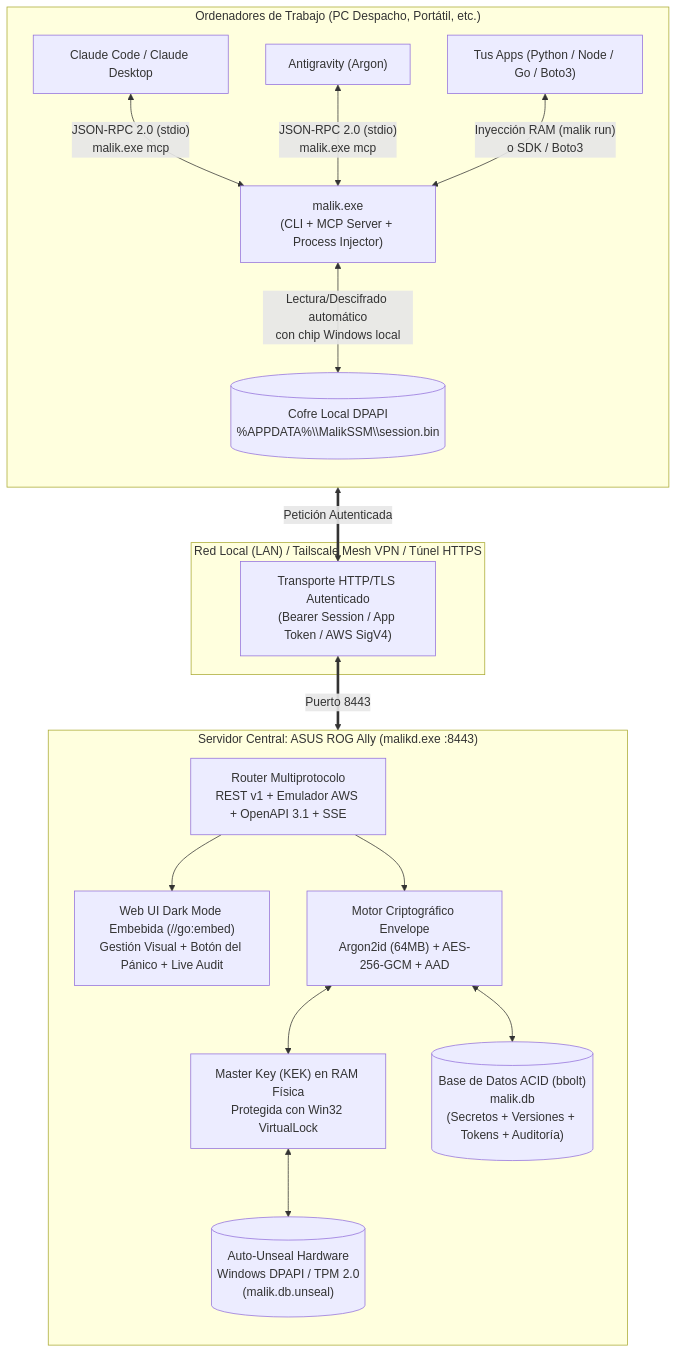
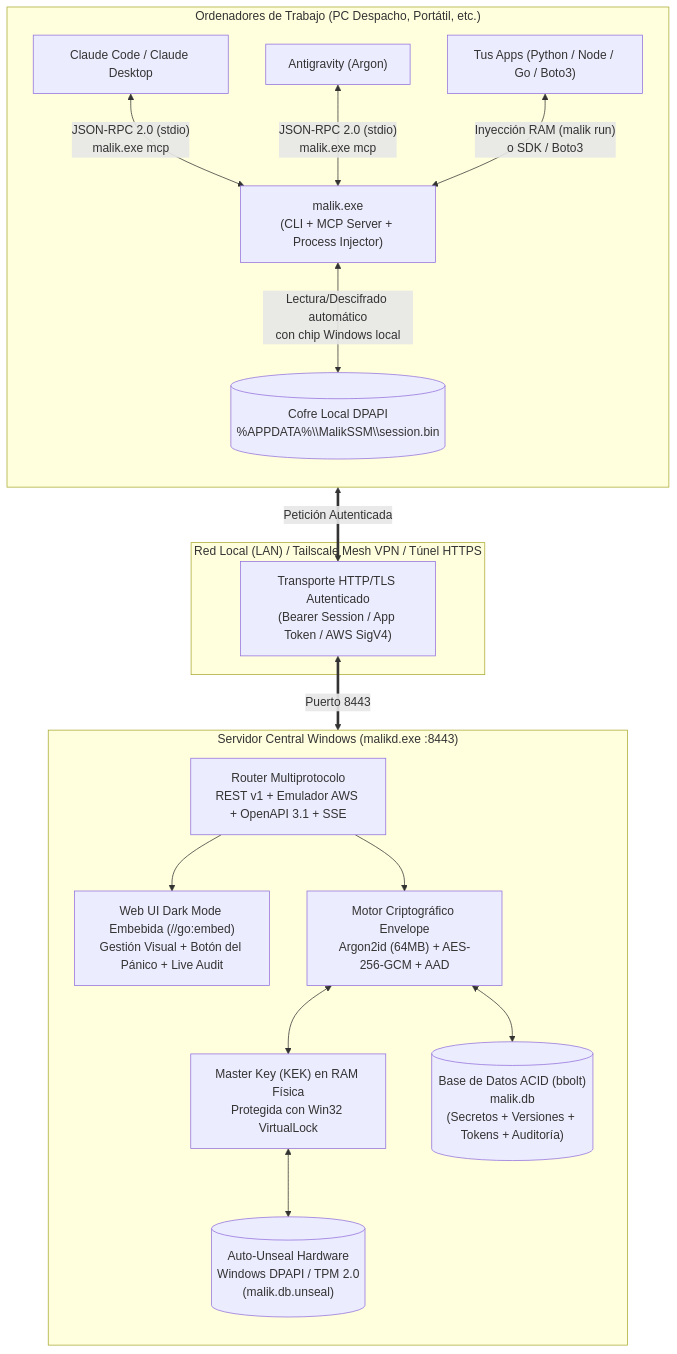
One commit to eduardoddddddd/MalikSSM changed the first of 2 diagrams in README.md. Above: the diagram before and after it, drawn with Mermaid. The commit also changed other lines of this file and 16 other files, not shown here.

````diff
--- a/README.md
+++ b/README.md
@@ -74,38 +74,38 @@
 ```mermaid
 flowchart TB
     subgraph PC["Ordenadores de Trabajo (PC Despacho, Portátil, etc.)"]
         direction TB
         DPAPI_PC[("Cofre Local DPAPI\n%APPDATA%\\MalikSSM\\session.bin")]
         MALIK_CLI["malik.exe\n(CLI + MCP Server + Process Injector)"]
         CLAUDE["Claude Code / Claude Desktop"]
         AGY["Antigravity (Argon)"]
         SCRIPTS["Tus Apps (Python / Node / Go / Boto3)"]
 
         CLAUDE & AGY <-->|"JSON-RPC 2.0 (stdio)\nmalik.exe mcp"| MALIK_CLI
         SCRIPTS <-->|"Inyección RAM (malik run)\no SDK / Boto3"| MALIK_CLI
         MALIK_CLI <-->|"Lectura/Descifrado automático\ncon chip Windows local"| DPAPI_PC
     end
 
     subgraph NET["Red Local (LAN) / Tailscale Mesh VPN / Túnel HTTPS"]
         TLS["Transporte HTTP/TLS Autenticado\n(Bearer Session / App Token / AWS SigV4)"]
     end
 
-    subgraph ALLY["Servidor Central: ASUS ROG Ally (malikd.exe :8443)"]
+    subgraph SRV["Servidor Central Windows (malikd.exe :8443)"]
         direction TB
         ROUTER["Router Multiprotocolo\nREST v1 + Emulador AWS + OpenAPI 3.1 + SSE"]
         UI["Web UI Dark Mode Embebida (//go:embed)\nGestión Visual + Botón del Pánico + Live Audit"]
         MEMLOCK["Master Key (KEK) en RAM Física\nProtegida con Win32 VirtualLock"]
         ENVELOPE["Motor Criptográfico Envelope\nArgon2id (64MB) + AES-256-GCM + AAD"]
-        TPM_ALLY[("Auto-Unseal Hardware\nWindows DPAPI / TPM 2.0\n(malik.db.unseal)")]
+        TPM_SRV[("Auto-Unseal Hardware\nWindows DPAPI / TPM 2.0\n(malik.db.unseal)")]
         BOLT[("Base de Datos ACID (bbolt)\nmalik.db\n(Secretos + Versiones + Tokens + Auditoría)")]
 
         ROUTER --> UI
         ROUTER --> ENVELOPE
         ENVELOPE <--> MEMLOCK
-        MEMLOCK <--> TPM_ALLY
+        MEMLOCK <--> TPM_SRV
         ENVELOPE <--> BOLT
     end
 
     MALIK_CLI <==>|"Petición Autenticada"| TLS
     TLS <==>|"Puerto 8443"| ROUTER
 ```
````
